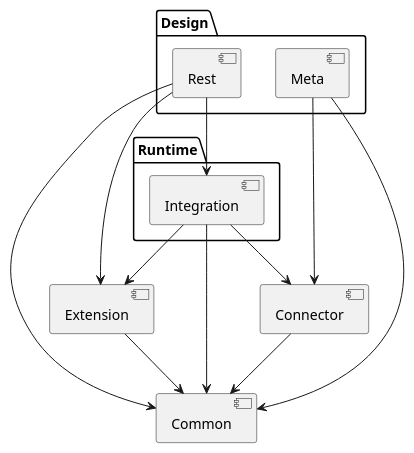
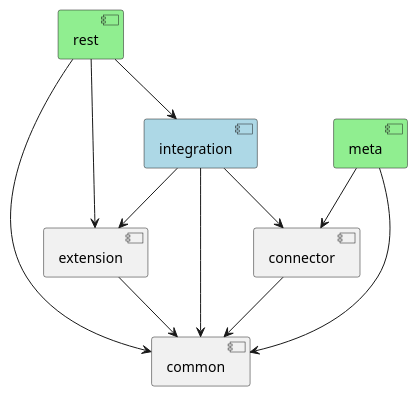
One commit to syndesisio/syndesis changed the diagram in doc/sdh/development/groups.plantuml. Above: the diagram before and after it, drawn with PlantUML.

Commit message:
fix: Add some colors to docs

```diff
--- a/doc/sdh/development/groups.plantuml
+++ b/doc/sdh/development/groups.plantuml
@@ -1,29 +1,24 @@
 @startuml
 ' tag::uml[]
 
-package "Design" {
-  [Rest]
-  [Meta]
-}
+component [rest] #lightgreen
+component [meta] #lightgreen
+component [integration] #lightblue
 
-package "Runtime" {
-  [Integration]
-}
+[common]
+[connector] --> [common]
+[extension] --> [common]
 
-[Common]
-[Connector] --> [Common]
-[Extension] --> [Common]
+[integration] --> [common]
+[integration] --> [extension]
+[integration] --> [connector]
 
-[Integration] --> [Common]
-[Integration] --> [Extension]
-[Integration] --> [Connector]
+[rest] --> [common]
+[rest] --> [extension]
+[rest] --> [integration]
 
-[Rest] --> [Common]
-[Rest] --> [Extension]
-[Rest] --> [Integration]
-
-[Meta] --> [Common]
-[Meta] --> [Connector]
+[meta] --> [common]
+[meta] --> [connector]
 
 ' end::uml[]
 @enduml
```
